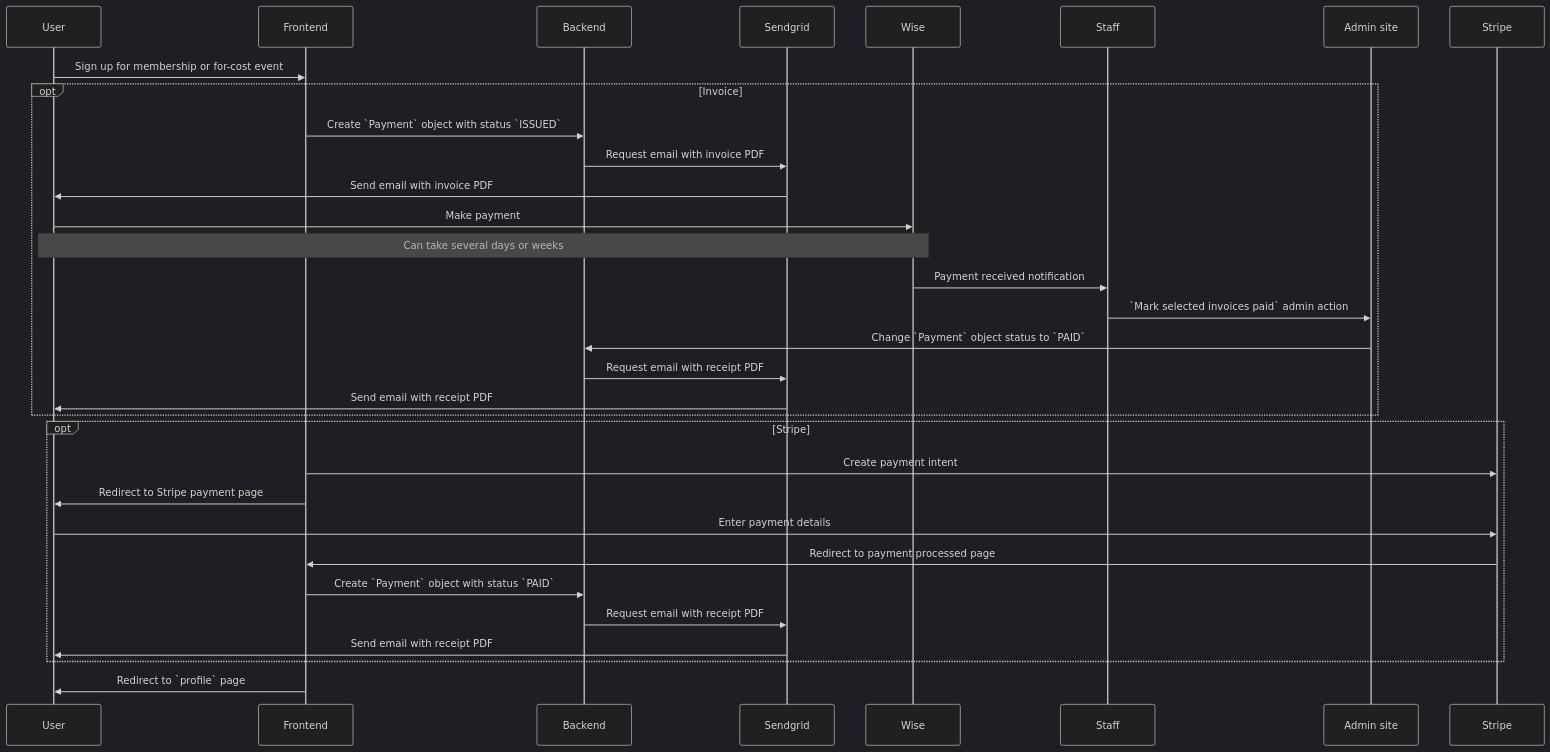
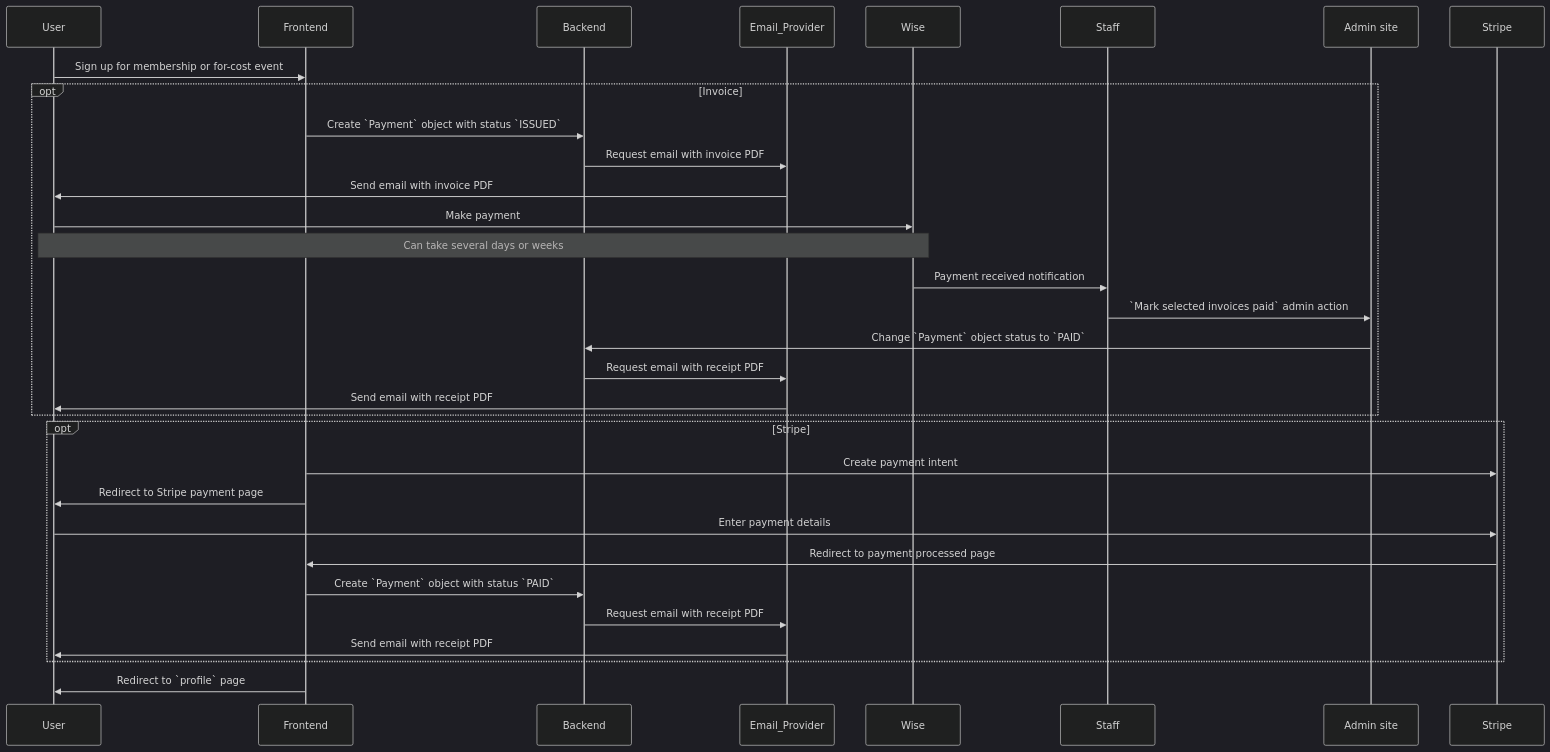
The second of 4 diagrams in README.md (sentier-dev/dds_registration), drawn with Mermaid (dark theme) before and after one commit. The commit also changed other lines of this file and 8 other files, not shown here.

````diff
--- a/README.md
+++ b/README.md
@@ -28,26 +28,26 @@
 ```mermaid
 sequenceDiagram
     User->>Frontend: Sign up for membership or for-cost event
     opt Invoice
         Frontend->>Backend: Create `Payment` object with status `ISSUED`
-        Backend->>Sendgrid: Request email with invoice PDF
-        Sendgrid->>User: Send email with invoice PDF
+        Backend->>Email_Provider: Request email with invoice PDF
+        Email_Provider->>User: Send email with invoice PDF
         User->>Wise: Make payment
         Note over User,Wise: Can take several days or weeks
         Wise->>Staff: Payment received notification
         Staff->>Admin site: `Mark selected invoices paid` admin action
         Admin site->>Backend: Change `Payment` object status to `PAID`
-        Backend->>Sendgrid: Request email with receipt PDF
-        Sendgrid->>User: Send email with receipt PDF
+        Backend->>Email_Provider: Request email with receipt PDF
+        Email_Provider->>User: Send email with receipt PDF
     end
     opt Stripe
         Frontend->>Stripe: Create payment intent
         Frontend->>User: Redirect to Stripe payment page
         User->>Stripe: Enter payment details
         Stripe->>Frontend: Redirect to payment processed page
         Frontend->>Backend: Create `Payment` object with status `PAID`
-        Backend->>Sendgrid: Request email with receipt PDF
-        Sendgrid->>User: Send email with receipt PDF
+        Backend->>Email_Provider: Request email with receipt PDF
+        Email_Provider->>User: Send email with receipt PDF
     end
     Frontend->>User: Redirect to `profile` page
 ```
````
